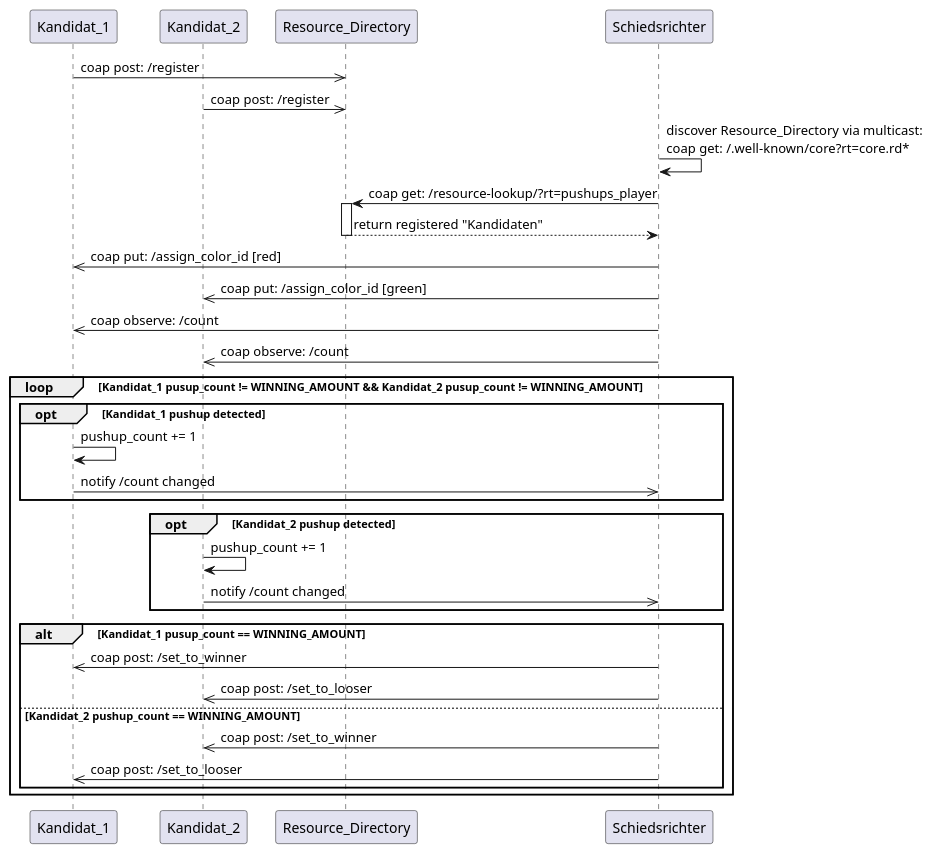
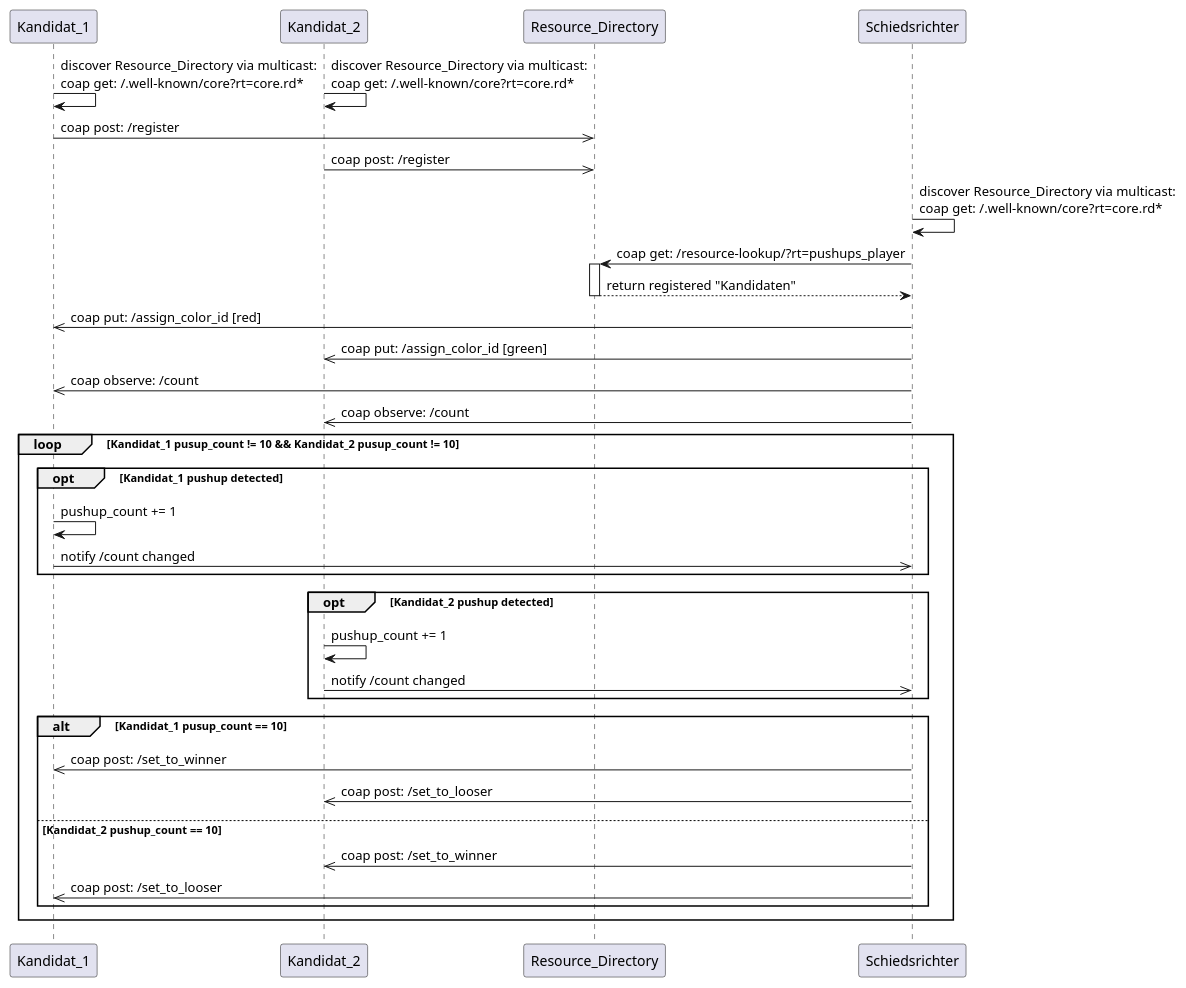
One commit to friedrichdudda/AIT05 changed the diagram in docs/communication.puml. Above: the diagram before and after it, drawn with PlantUML.

```diff
--- a/docs/communication.puml
+++ b/docs/communication.puml
@@ -1,35 +1,38 @@
 @startuml Kommunikation
 participant Kandidat_1
 participant Kandidat_2
 participant Resource_Directory
 participant Schiedsrichter
 
+!pragma teoz true
+Kandidat_1 -> Kandidat_1: discover Resource_Directory via multicast:\ncoap get: /.well-known/core?rt=core.rd*
+&Kandidat_2 -> Kandidat_2: discover Resource_Directory via multicast:\ncoap get: /.well-known/core?rt=core.rd*
 Kandidat_1 ->> Resource_Directory: coap post: /register
 Kandidat_2 ->> Resource_Directory: coap post: /register
 Schiedsrichter -> Schiedsrichter: discover Resource_Directory via multicast:\ncoap get: /.well-known/core?rt=core.rd*
 Schiedsrichter -> Resource_Directory: coap get: /resource-lookup/?rt=pushups_player
 activate Resource_Directory
 Resource_Directory --> Schiedsrichter: return registered "Kandidaten"
 deactivate Resource_Directory
 Schiedsrichter ->> Kandidat_1: coap put: /assign_color_id [red]
 Schiedsrichter ->> Kandidat_2: coap put: /assign_color_id [green]
 Schiedsrichter ->> Kandidat_1: coap observe: /count
 Schiedsrichter ->> Kandidat_2: coap observe: /count
-loop Kandidat_1 pusup_count != WINNING_AMOUNT && Kandidat_2 pusup_count != WINNING_AMOUNT
+loop Kandidat_1 pusup_count != 10 && Kandidat_2 pusup_count != 10
     opt Kandidat_1 pushup detected
         Kandidat_1 -> Kandidat_1: pushup_count += 1
         Kandidat_1 ->> Schiedsrichter: notify /count changed
     end
     opt Kandidat_2 pushup detected
         Kandidat_2 -> Kandidat_2: pushup_count += 1
         Kandidat_2 ->> Schiedsrichter: notify /count changed
     end
-    alt Kandidat_1 pusup_count == WINNING_AMOUNT
+    alt Kandidat_1 pusup_count == 10
         Schiedsrichter ->> Kandidat_1: coap post: /set_to_winner
         Schiedsrichter ->> Kandidat_2: coap post: /set_to_looser
-    else Kandidat_2 pushup_count == WINNING_AMOUNT
+    else Kandidat_2 pushup_count == 10
         Schiedsrichter ->> Kandidat_2: coap post: /set_to_winner
         Schiedsrichter ->> Kandidat_1: coap post: /set_to_looser
     end
 end
 @enduml
```
